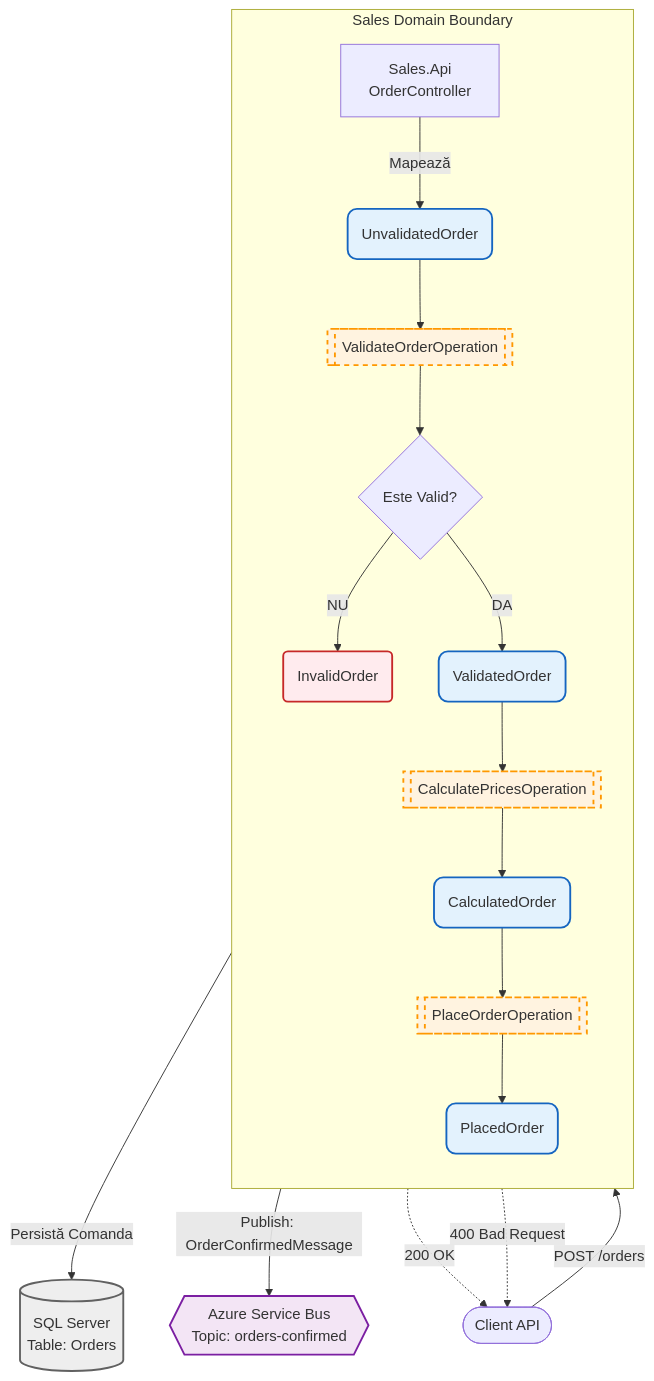
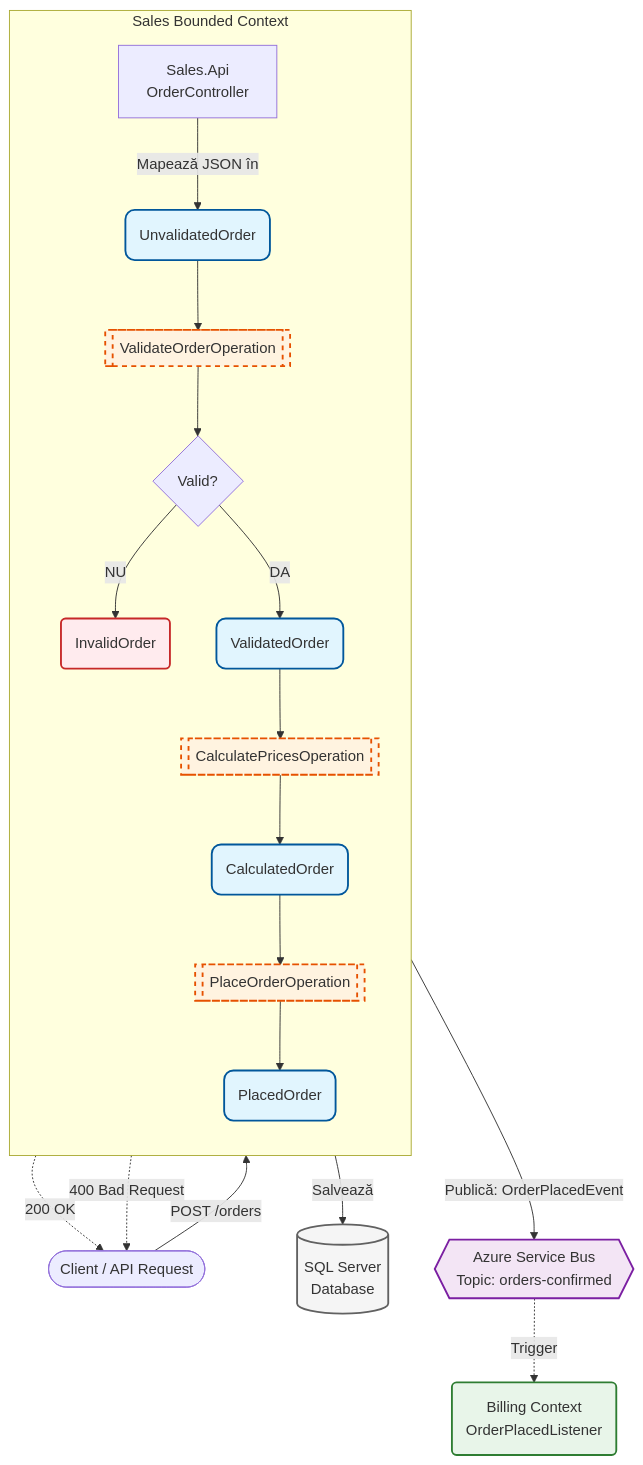
One commit to adesima/Proiect-PSSC changed the first of 2 diagrams in README.md. Above: the diagram before and after it, drawn with Mermaid.

Commit message:
Refactor diagram styles and labels in README

````diff
--- a/README.md
+++ b/README.md
@@ -28,41 +28,43 @@
 ```mermaid
 graph TD
-    %% Stiluri pentru noduri
-    classDef state fill:#e3f2fd,stroke:#1565c0,stroke-width:2px,rx:10,ry:10;
-    classDef operation fill:#fff3e0,stroke:#ff9800,stroke-width:2px,stroke-dasharray: 5 5;
-    classDef db fill:#eeeeee,stroke:#616161,stroke-width:2px;
+    %% Stiluri pentru noduri (Design modern)
+    classDef state fill:#e1f5fe,stroke:#01579b,stroke-width:2px,rx:10,ry:10;
+    classDef operation fill:#fff3e0,stroke:#e65100,stroke-width:2px,stroke-dasharray: 5 5;
+    classDef db fill:#f5f5f5,stroke:#616161,stroke-width:2px;
     classDef bus fill:#f3e5f5,stroke:#7b1fa2,stroke-width:2px;
     classDef error fill:#ffebee,stroke:#c62828,stroke-width:2px;
+    classDef external fill:#e8f5e9,stroke:#2e7d32,stroke-width:2px;
 
     %% Actorul Extern
-    Client([Client API]) -->|POST /orders| Controller[Sales.Api\nOrderController]
+    Client([Client / API Request]) -->|POST /orders| Controller[Sales.Api\nOrderController]
 
-    subgraph SalesContext [Sales Domain Boundary]
+    subgraph SalesContext [Sales Bounded Context]
         direction TB
         
         %% Fluxul Principal
-        Controller -->|Mapează| State1(UnvalidatedOrder):::state
+        Controller -->|Mapează JSON în| State1(UnvalidatedOrder):::state
         State1 --> Op1[[ValidateOrderOperation]]:::operation
         
-        Op1 --> Check{Este Valid?}
+        Op1 --> Check{Valid?}
         Check -- NU --> StateErr(InvalidOrder):::error
         Check -- DA --> State2(ValidatedOrder):::state
         
         State2 --> Op2[[CalculatePricesOperation]]:::operation
         Op2 --> State3(CalculatedOrder):::state
         
         State3 --> Op3[[PlaceOrderOperation]]:::operation
         Op3 --> State4(PlacedOrder):::state
     end
 
-    %% Dependințe Externe (Infrastructure)
-    Op3 -->|Persistă Comanda| SQL[(SQL Server\nTable: Orders)]:::db
-    Op3 -->|Publish: OrderConfirmedMessage| ASB{{Azure Service Bus\nTopic: orders-confirmed}}:::bus
+    %% Infrastructura si Comunicarea Externa
+    Op3 -->|Salvează| SQL[(SQL Server\nDatabase)]:::db
+    
+    %% AICI ESTE SCHIMBAREA CERUTA:
+    Op3 -->|Publică: OrderPlacedEvent| ASB{{Azure Service Bus\nTopic: orders-confirmed}}:::bus
+    
+    ASB -.->|Trigger| Billing(Billing Context\nOrderPlacedListener):::external
 
-    %% Răspunsuri
+    %% Răspunsuri API
     State4 -.->|200 OK| Client
     StateErr -.->|400 Bad Request| Client
-
-    %% Legendă (Opțional, pentru claritate)
-    %% linkStyle default stroke:#333,stroke-width:1px;
 ```
````
